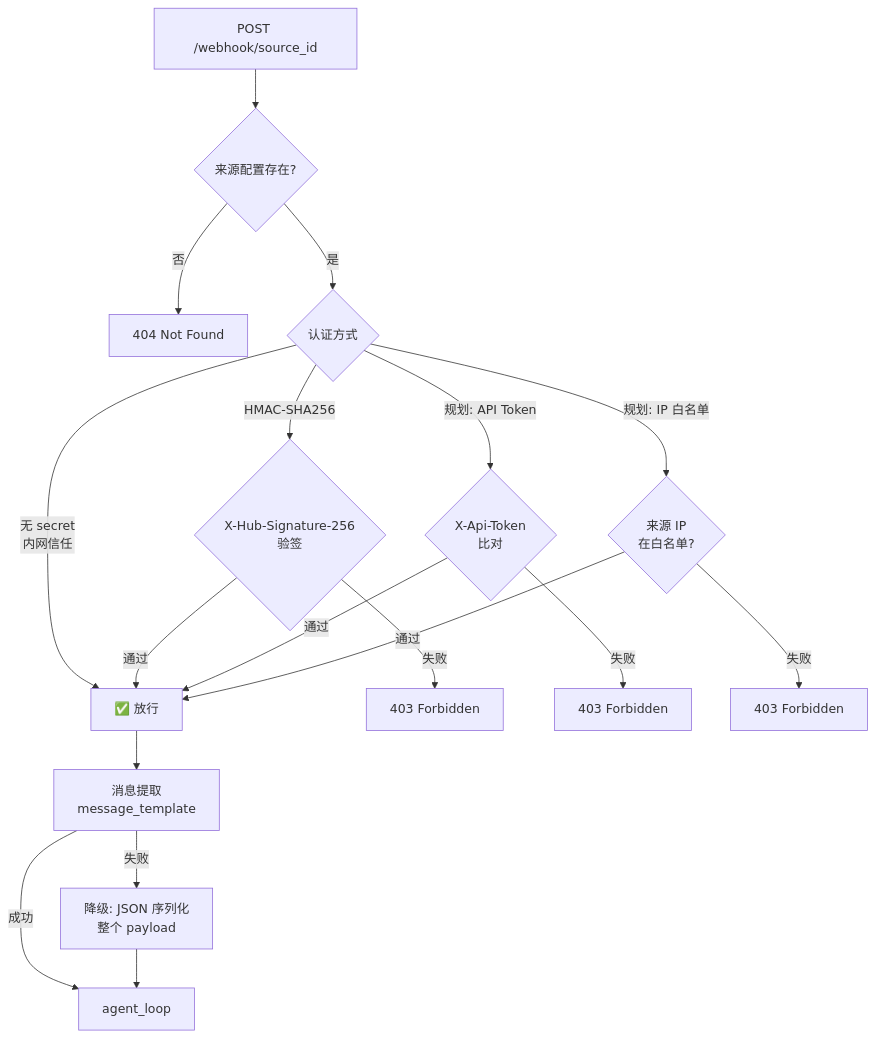
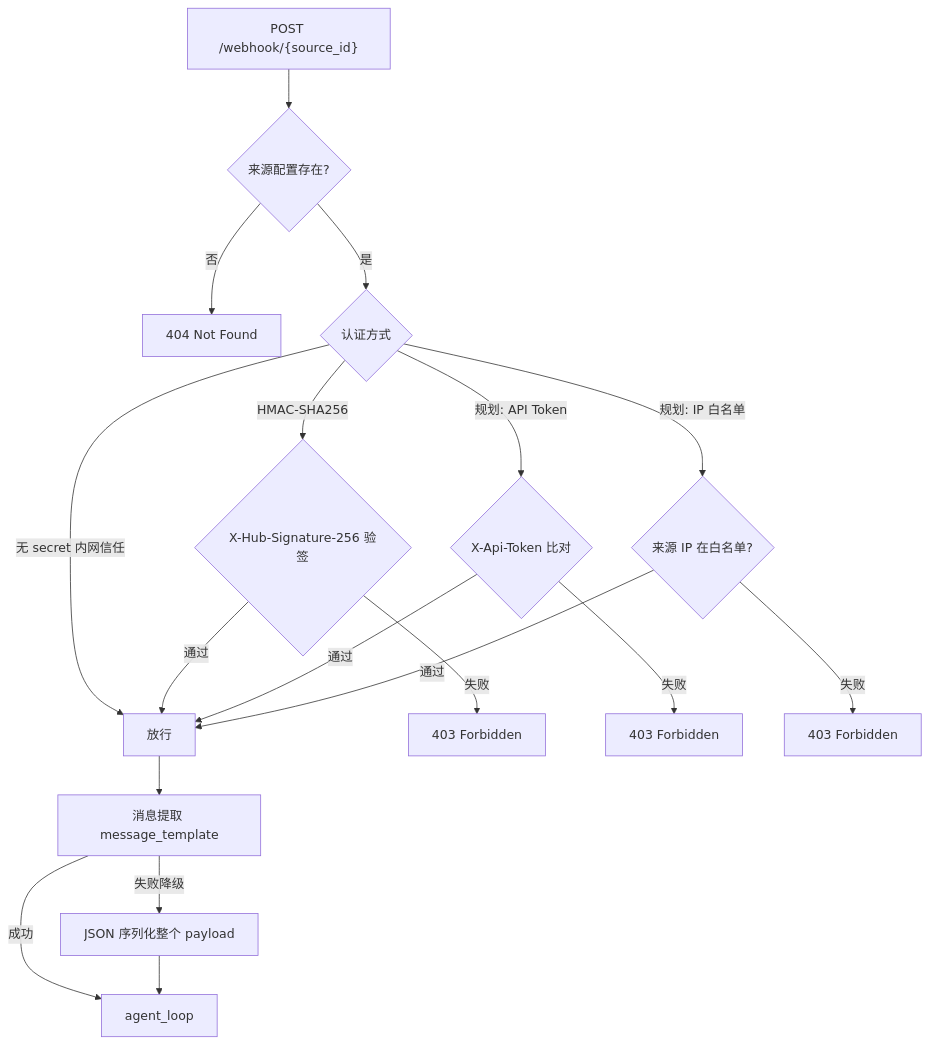
One commit to Summy2104/fleetent changed the second of 3 diagrams in docs/capabilities/scheduling.md. Above: the diagram before and after it, drawn with Mermaid. The commit also changed other lines of this file and 1 other file, not shown here.

Commit message:
docs: fix mermaid syntax errors in architecture diagrams

````diff
--- a/docs/capabilities/scheduling.md
+++ b/docs/capabilities/scheduling.md
@@ -48,23 +48,23 @@
 ```mermaid
 flowchart TD
-    REQ[POST /webhook/source_id] --> CFG{来源配置存在?}
-    CFG -->|否| 404[404 Not Found]
+    REQ["POST /webhook/{source_id}"] --> CFG{来源配置存在?}
+    CFG -->|否| E404[404 Not Found]
     CFG -->|是| AUTH{认证方式}
 
-    AUTH -->|无 secret\n内网信任| PASS[✅ 放行]
-    AUTH -->|HMAC-SHA256| SIG{X-Hub-Signature-256\n验签}
-    AUTH -->|规划: API Token| TOK{X-Api-Token\n比对}
-    AUTH -->|规划: IP 白名单| IP{来源 IP\n在白名单?}
+    AUTH -->|无 secret 内网信任| PASS[放行]
+    AUTH -->|HMAC-SHA256| SIG{X-Hub-Signature-256 验签}
+    AUTH -->|规划: API Token| TOK{"X-Api-Token 比对"}
+    AUTH -->|规划: IP 白名单| IP{来源 IP 在白名单?}
 
     SIG -->|通过| PASS
-    SIG -->|失败| 403A[403 Forbidden]
+    SIG -->|失败| E403A[403 Forbidden]
     TOK -->|通过| PASS
-    TOK -->|失败| 403B[403 Forbidden]
+    TOK -->|失败| E403B[403 Forbidden]
     IP -->|通过| PASS
-    IP -->|失败| 403C[403 Forbidden]
+    IP -->|失败| E403C[403 Forbidden]
 
-    PASS --> EXTRACT[消息提取\nmessage_template]
+    PASS --> EXTRACT["消息提取 message_template"]
     EXTRACT -->|成功| AL[agent_loop]
-    EXTRACT -->|失败| FALLBACK[降级: JSON 序列化\n整个 payload]
+    EXTRACT -->|失败降级| FALLBACK["JSON 序列化整个 payload"]
     FALLBACK --> AL
 ```
````
